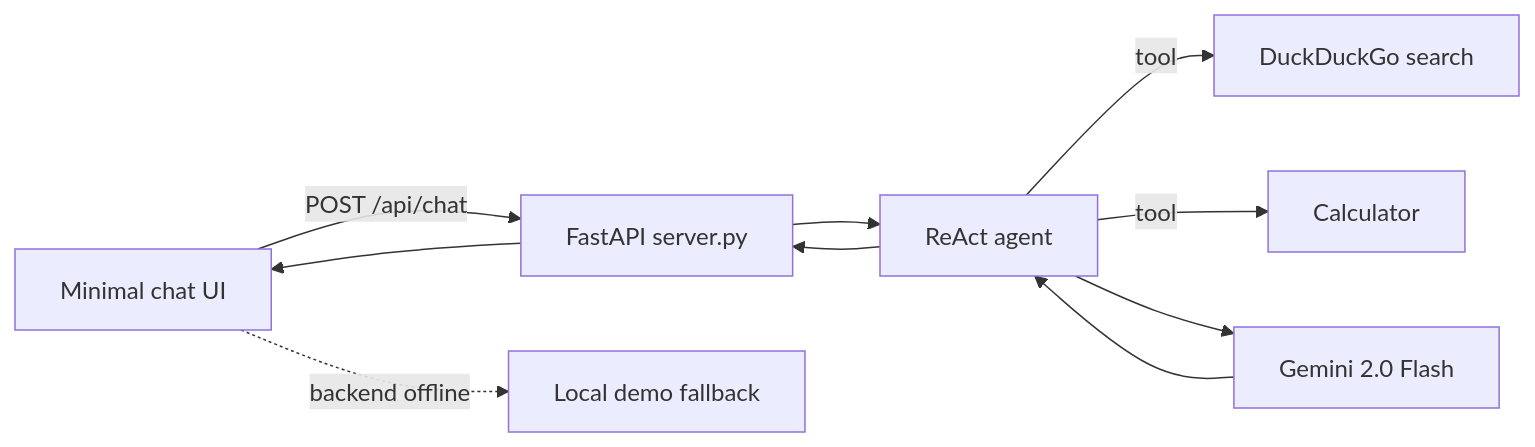
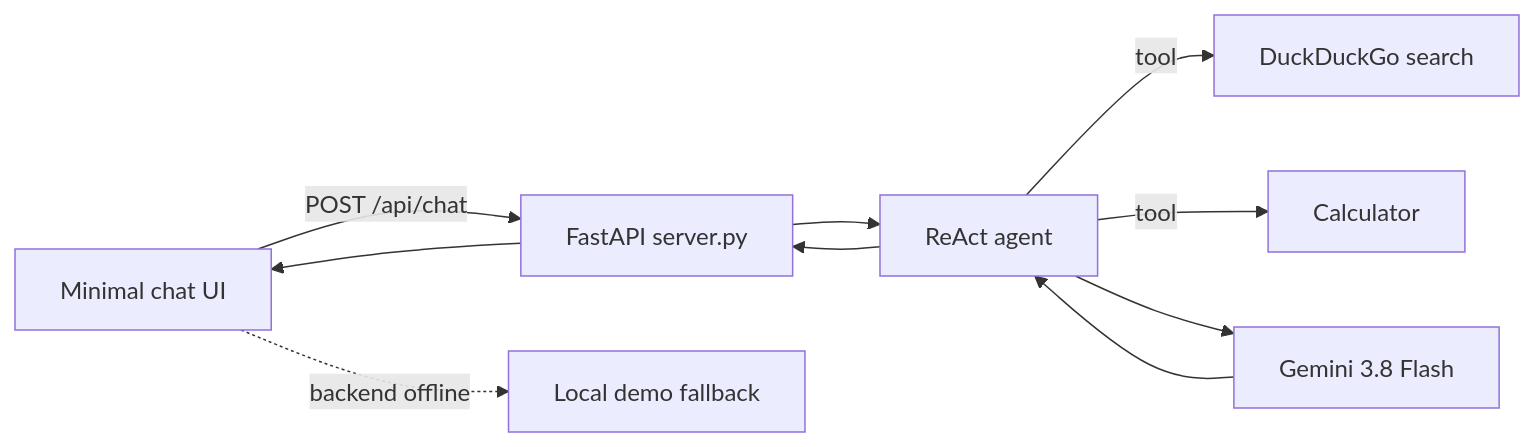
Before and after one commit to ZIZ12007/AI-AGENTS-PYTHON: the diagram in README.md, drawn with Mermaid. The commit also changed other lines of this file and 16 other files, not shown here.

````diff
--- a/README.md
+++ b/README.md
@@ -95,10 +176,10 @@
 ```mermaid
 flowchart LR
   U[Minimal chat UI] -->|POST /api/chat| API[FastAPI server.py]
   API --> A[ReAct agent]
   A -->|tool| S[DuckDuckGo search]
   A -->|tool| C[Calculator]
-  A --> G[Gemini 2.0 Flash]
+  A --> G[Gemini 3.8 Flash]
   G --> A --> API --> U
   U -.->|backend offline| D[Local demo fallback]
 ```
````
